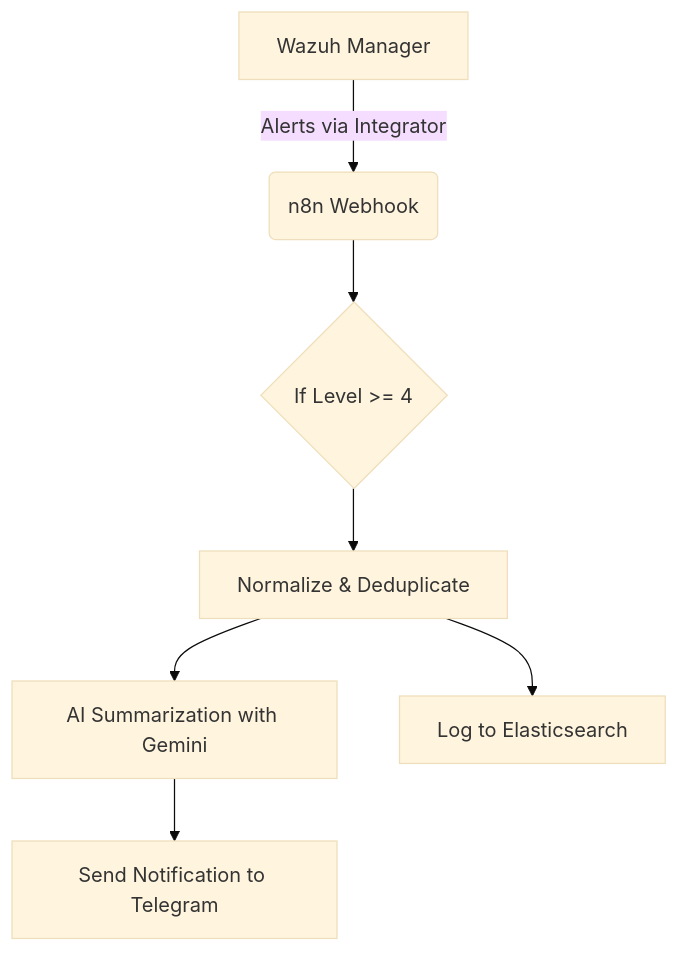
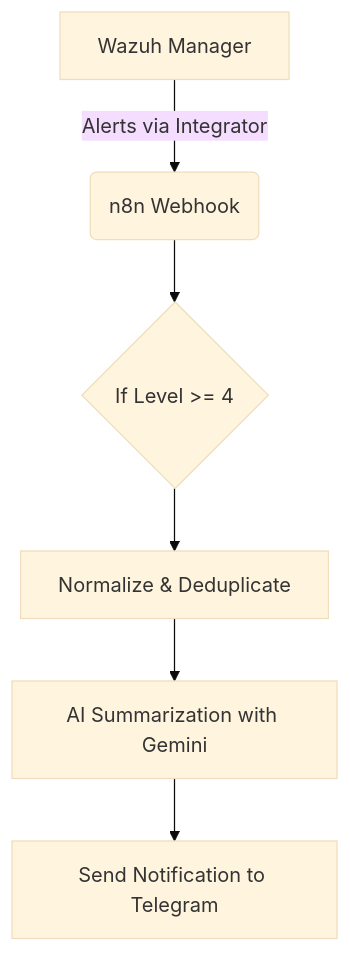
One commit to justavisiter/wazuh-n8n-soar-workflow changed the diagram in README.md. Above: the diagram before and after it, drawn with Mermaid (base theme).

````diff
--- a/README.md
+++ b/README.md
@@ -15,9 +15,8 @@
 ```mermaid
 graph TD
     A[Wazuh Manager] -->|Alerts via Integrator| B(n8n Webhook);
     B --> C{If Level >= 4};
     C --> D[Normalize & Deduplicate];
     D --> E[AI Summarization with Gemini];
     E --> F[Send Notification to Telegram];
-    D --> G[Log to Elasticsearch];
 ```
````
